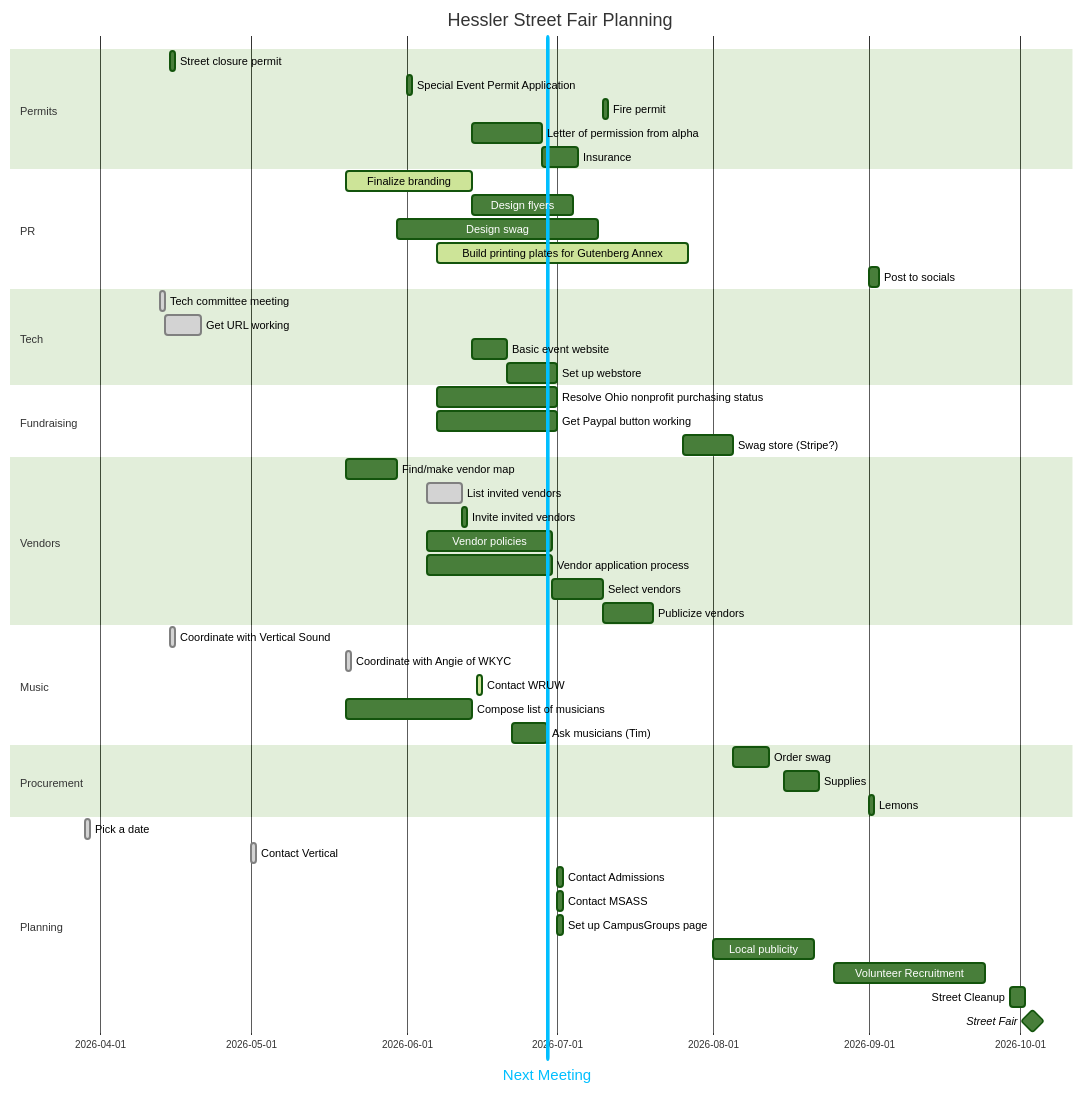
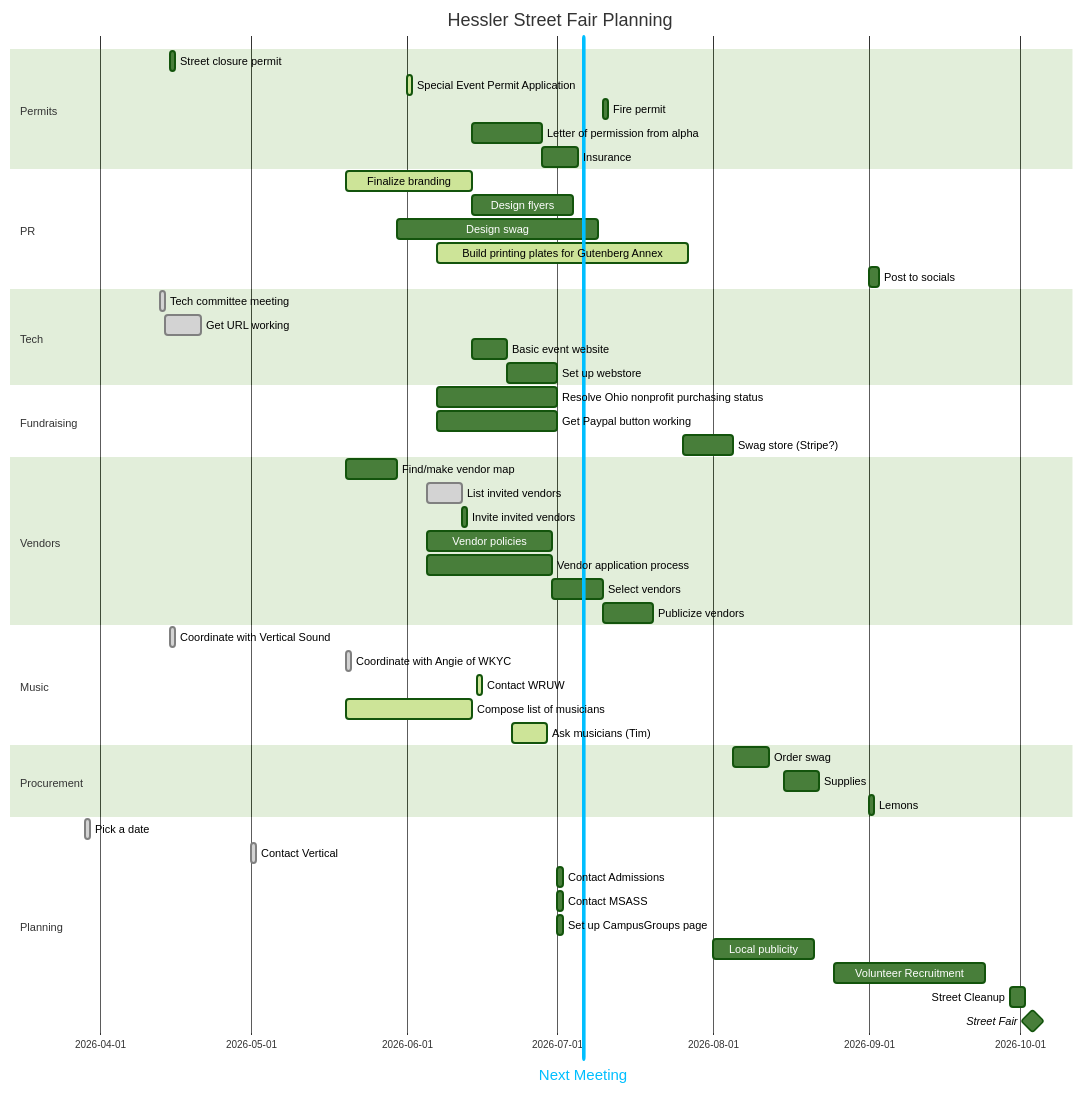
One commit to KCollins/KCollins.github.io changed the first of 2 diagrams in files/fairplan.md. Above: the diagram before and after it, drawn with Mermaid.

````diff
--- a/files/fairplan.md
+++ b/files/fairplan.md
@@ -1,59 +1,59 @@
 ```mermaid
 %%{init: {'theme': 'forest'}}%%
 gantt
     title  Hessler Street Fair Planning
     dateFormat YYYY-MM-DD
     section Permits
             Street closure permit    :streetpermit, 2026-04-15, 1d
-            Special Event Permit Application    :eventpermit, 2026-06-01, 1d
+            Special Event Permit Application    :active, eventpermit, 2026-06-01, 1d
             Fire permit    :firepermit, after vendorselect eventpermit, 1d
             Letter of permission from alpha: alphaletter, 2026-06-14, 14d
             Insurance: insurance, after alphaletter, 7d
 
     section PR
             Finalize branding :active, brand, 2026-05-20, 25d
             %% Reminder: get binder back from Zoe!
             Design flyers : flyers, after brand, 20d
             Design swag    : designswag, 2026-05-30, 40d
             Build printing plates for Gutenberg Annex: active, 3dplates, 2026-06-07, 50d
             Post to socials: socials, 2026-09-01, 2d
     section Tech
             Tech committee meeting: done, techmeet, 2026-04-13, 1d
             Get URL working:done, url, after techmeet, 7d
             Basic event website: basicsite, after brand, 7d
             Set up webstore: webstore, after basicsite, 10d
     section Fundraising
             Resolve Ohio nonprofit purchasing status: nonprofitstatus, 2026-06-07, 24d
             Get Paypal button working: paypal, 2026-06-07, 24d
             Swag store (Stripe?)    :swagstore, after designswag webstore swag, 10d
     section Vendors
             Find/make vendor map: vendormap, 2026-05-20, 10d
             List invited vendors: done, invitelist, 2026-06-05, 7d
             Invite invited vendors: invite, after invitelist eventpermit, 1d
             Vendor policies: policy, 2026-06-05, 25d
             Vendor application process: vendorapp, 2026-06-05, 25d
             Select vendors: vendorselect, after invitelist vendorapp, 10d
             Publicize vendors: vendor-announce, after vendorselect, 10d
     section Music
             Coordinate with Vertical Sound    :done, vertical, 2026-04-15, 1d
             Coordinate with Angie of WKYC    : done, wkyc, 2026-05-20, 1d
             Contact WRUW:active,  wruw, 2026-06-15, 1d
-            Compose list of musicians: musiclist, 2026-05-20, 25d
-            Ask musicians (Tim): timask, 2026-06-22, 7d
+            Compose list of musicians: active, musiclist, 2026-05-20, 25d
+            Ask musicians (Tim): active, timask, 2026-06-22, 7d
     section Procurement
             Order swag:   swag, after swagstore, 7d
             Supplies: supplies, 2026-08-15, 7d
             Lemons: lemons, 2026-09-01, 1d
     section Planning
             Pick a date :done, pick, 2026-03-29, 1d
-            Next Meeting :vert, v1, 2026-06-29, 0d
+            Next Meeting :vert, v1, 2026-07-06, 0d
             Contact Vertical: done, vertical, 2026-05-01, 1d
             Contact Admissions: admissions, 2026-07-01, 1d
             Contact MSASS: msass, 2026-07-01, 1d
             Set up CampusGroups page: campusgroups, 2026-07-01, 1d
             Local publicity: publicize, 2026-08-01, 20d
             Volunteer Recruitment: recruit, 2026-08-25, 30d
             Street Cleanup: cleanup, 2026-09-29, 3d
             Street Fair        :milestone, streetfair, 2026-10-03, 1d
 
 ```
````
